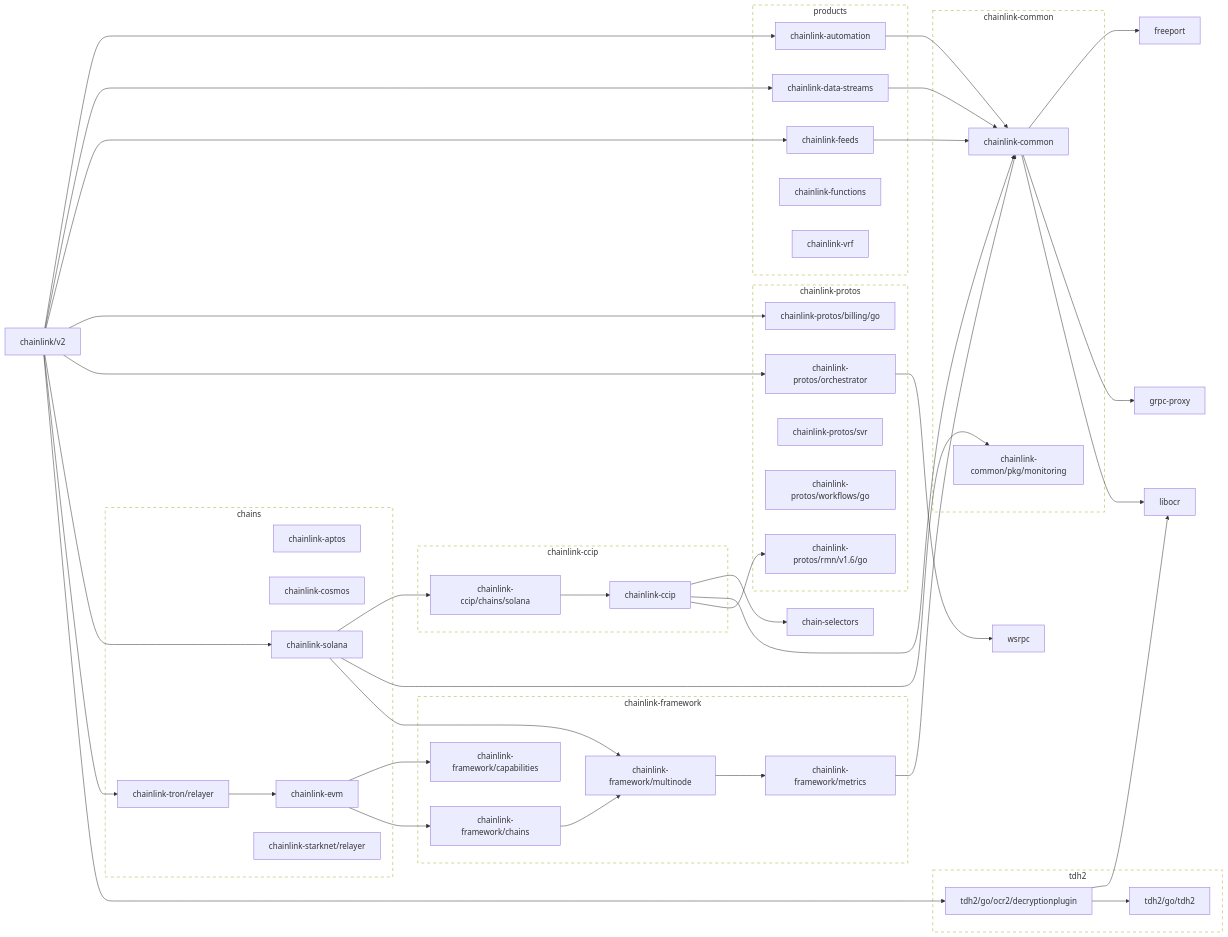
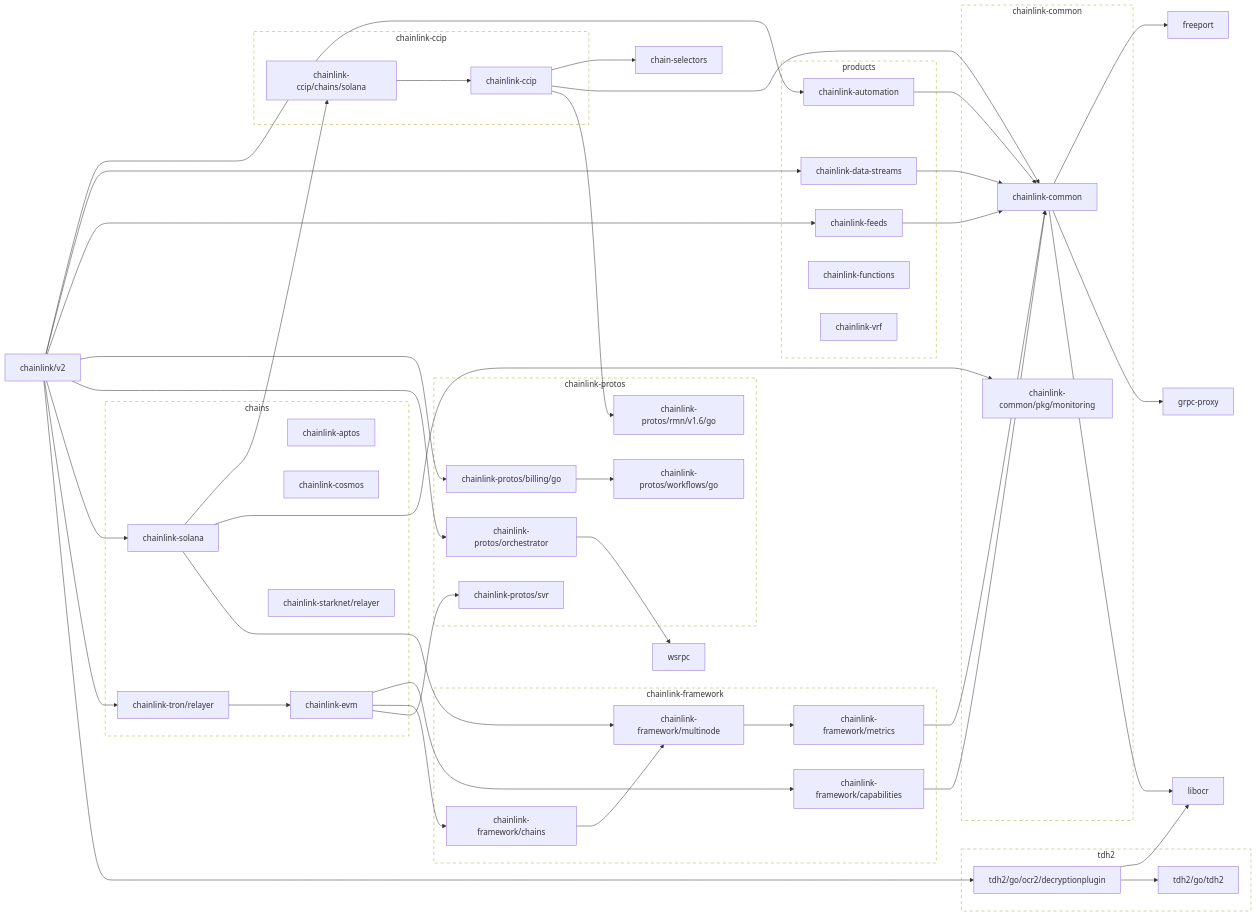
Before and after one commit to JohnDaWalka/chainlink: the first of 2 diagrams in go.md, drawn with Mermaid. The commit also changed other lines of this file and 16 other files, not shown here.

```diff
--- a/go.md
+++ b/go.md
@@ -42,10 +42,11 @@
 	click chainlink-data-streams href "https://github.com/smartcontractkit/chainlink-data-streams"
 	chainlink-evm --> chainlink-framework/capabilities
 	chainlink-evm --> chainlink-framework/chains
+	chainlink-evm --> chainlink-protos/svr
 	click chainlink-evm href "https://github.com/smartcontractkit/chainlink-evm"
 	chainlink-feeds --> chainlink-common
 	click chainlink-feeds href "https://github.com/smartcontractkit/chainlink-feeds"
-	chainlink-framework/capabilities
+	chainlink-framework/capabilities --> chainlink-common
 	click chainlink-framework/capabilities href "https://github.com/smartcontractkit/chainlink-framework"
 	chainlink-framework/chains --> chainlink-framework/multinode
 	click chainlink-framework/chains href "https://github.com/smartcontractkit/chainlink-framework"
@@ -53,6 +54,8 @@
 	click chainlink-framework/metrics href "https://github.com/smartcontractkit/chainlink-framework"
 	chainlink-framework/multinode --> chainlink-framework/metrics
 	click chainlink-framework/multinode href "https://github.com/smartcontractkit/chainlink-framework"
+	chainlink-protos/billing/go --> chainlink-protos/workflows/go
+	click chainlink-protos/billing/go href "https://github.com/smartcontractkit/chainlink-protos"
 	chainlink-protos/orchestrator --> wsrpc
 	click chainlink-protos/orchestrator href "https://github.com/smartcontractkit/chainlink-protos"
 	chainlink-protos/rmn/v1.6/go
```
